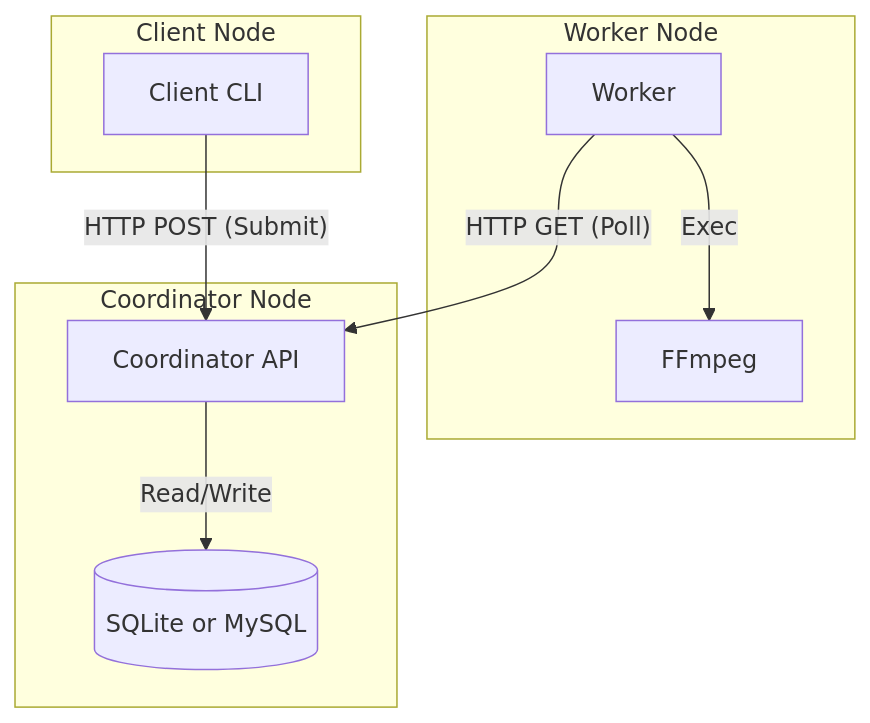
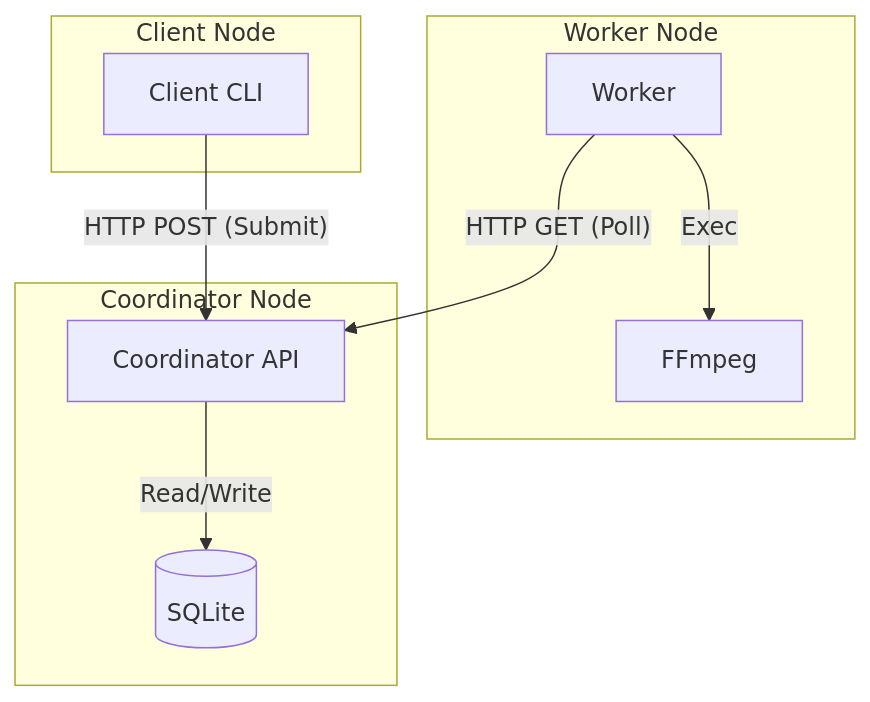
One commit to brwyatt/dffmpeg changed the first of 5 diagrams in docs/architecture.md. Above: the diagram before and after it, drawn with Mermaid. The commit also changed other lines of this file, not shown here.

First line of the commit message:
Update architecture references

````diff
--- a/docs/architecture.md
+++ b/docs/architecture.md
@@ -24,21 +24,21 @@
 ```mermaid
 graph TD
     subgraph "Worker Node"
         W[Worker]
         FF[FFmpeg]
     end
 
     subgraph "Client Node"
         C[Client CLI]
     end
 
     subgraph "Coordinator Node"
         Coord[Coordinator API]
-        DB[(SQLite or MySQL)]
+        DB[(SQLite)]
     end
 
     C -- HTTP POST (Submit) --> Coord
     W -- HTTP GET (Poll) --> Coord
     Coord -- Read/Write --> DB
     W -- Exec --> FF
 ```
````
